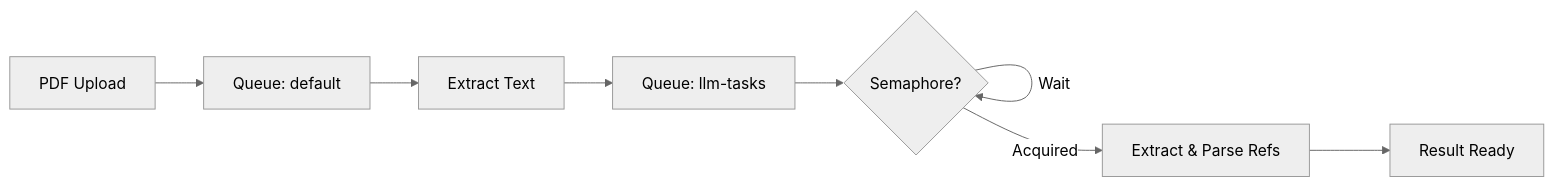
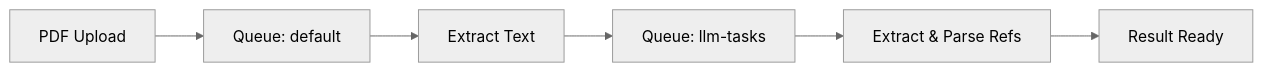
The seventh of 8 diagrams in ARCHITECTURE.md (odoma-ch/ssh-citation-index), drawn with Mermaid (neutral theme) before and after one commit. The commit also changed other lines of this file and 6 other files, not shown here.

````diff
--- a/ARCHITECTURE.md
+++ b/ARCHITECTURE.md
@@ -320,10 +302,8 @@
 ```mermaid
 graph LR
     Upload[PDF Upload] --> Q1[Queue: default]
     Q1 --> W1[Extract Text]
     W1 --> Q2[Queue: llm-tasks]
-    Q2 --> Sem{Semaphore?}
-    Sem -->|Wait| Sem
-    Sem -->|Acquired| W2[Extract & Parse Refs]
+    Q2 --> W2[Extract & Parse Refs]
     W2 --> Done[Result Ready]
 ```
````
